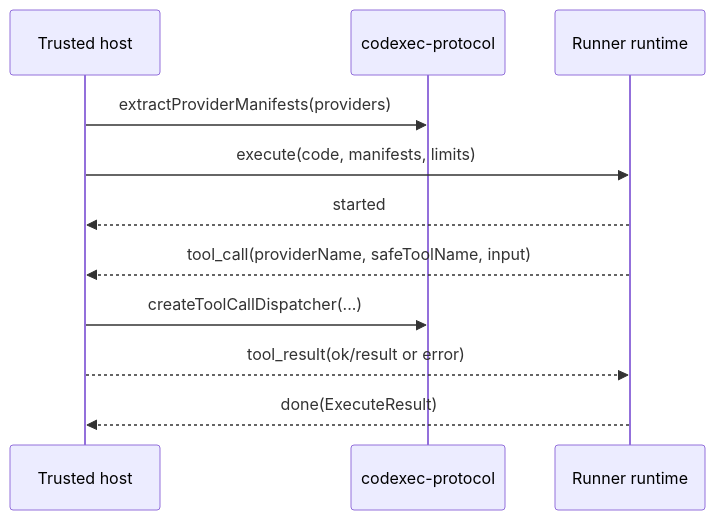
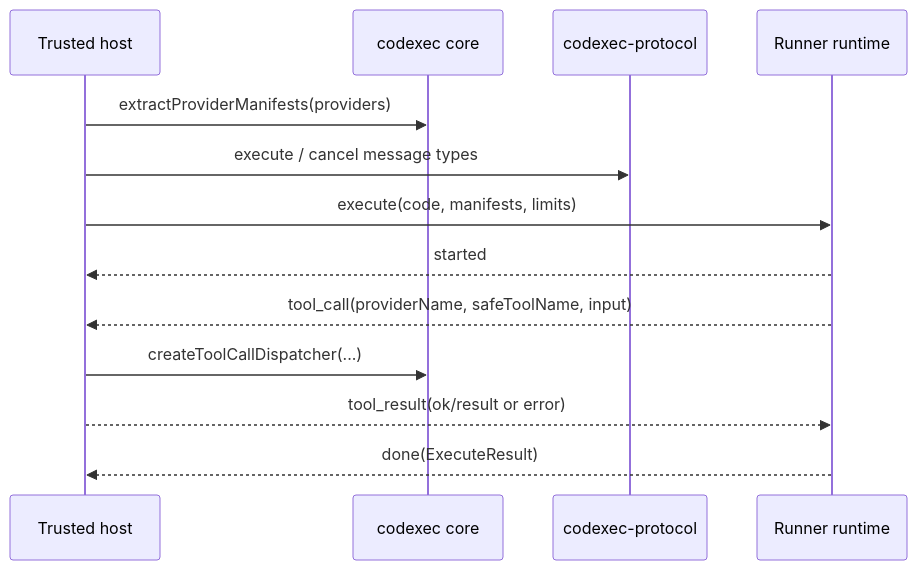
Before and after one commit to aallam/mcploom: the second of 3 diagrams in docs/architecture/codexec-mcp-and-protocol.md, drawn with Mermaid. The commit also changed other lines of this file and 30 other files, not shown here.

````diff
--- a/docs/architecture/codexec-mcp-and-protocol.md
+++ b/docs/architecture/codexec-mcp-and-protocol.md
@@ -49,14 +53,16 @@
 ```mermaid
 sequenceDiagram
     participant Dispatcher as Trusted host
+    participant Core as codexec core
     participant Protocol as codexec-protocol
     participant Runner as Runner runtime
 
-    Dispatcher->>Protocol: extractProviderManifests(providers)
+    Dispatcher->>Core: extractProviderManifests(providers)
+    Dispatcher->>Protocol: execute / cancel message types
     Dispatcher->>Runner: execute(code, manifests, limits)
     Runner-->>Dispatcher: started
     Runner-->>Dispatcher: tool_call(providerName, safeToolName, input)
-    Dispatcher->>Protocol: createToolCallDispatcher(...)
+    Dispatcher->>Core: createToolCallDispatcher(...)
     Dispatcher-->>Runner: tool_result(ok/result or error)
     Runner-->>Dispatcher: done(ExecuteResult)
 ```
````
